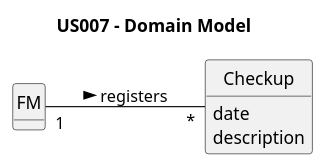
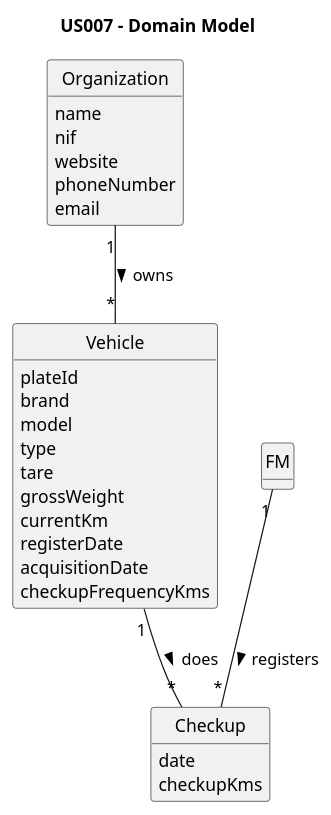
One commit to Rui-San/LAPR2_2023_2024 changed the diagram in docs/sprintA/us007/02.analysis/puml/us007-domain-model.puml. Above: the diagram before and after it, drawn with PlantUML. The commit also changed 3 other files, not shown here.

```diff
--- a/docs/sprintA/us007/02.analysis/puml/us007-domain-model.puml
+++ b/docs/sprintA/us007/02.analysis/puml/us007-domain-model.puml
@@ -1,26 +1,46 @@
 @startuml
 skinparam monochrome true
 skinparam packageStyle rectangle
 skinparam shadowing false
 
-left to right direction
+'left to right direction
 
 skinparam classAttributeIconSize 0
 
 hide circle
 hide methods
 
 title US007 - Domain Model
 
-class FM{
+class Organization {
+    name
+    nif
+    website
+    phoneNumber
+    email
+}
 
+class Vehicle{
+    plateId
+    brand
+    model
+    type
+    tare
+    grossWeight
+    currentKm
+    registerDate
+    acquisitionDate
+    checkupFrequencyKms
 }
 
 class Checkup{
     date
-    description
+    checkupKms
 }
 
+
 FM "1" -- "*" Checkup : "registers >"
+Organization "1" -- "*" Vehicle : "owns >"
+Vehicle "1" -- "*" Checkup : "does >"
 
 @enduml
```
